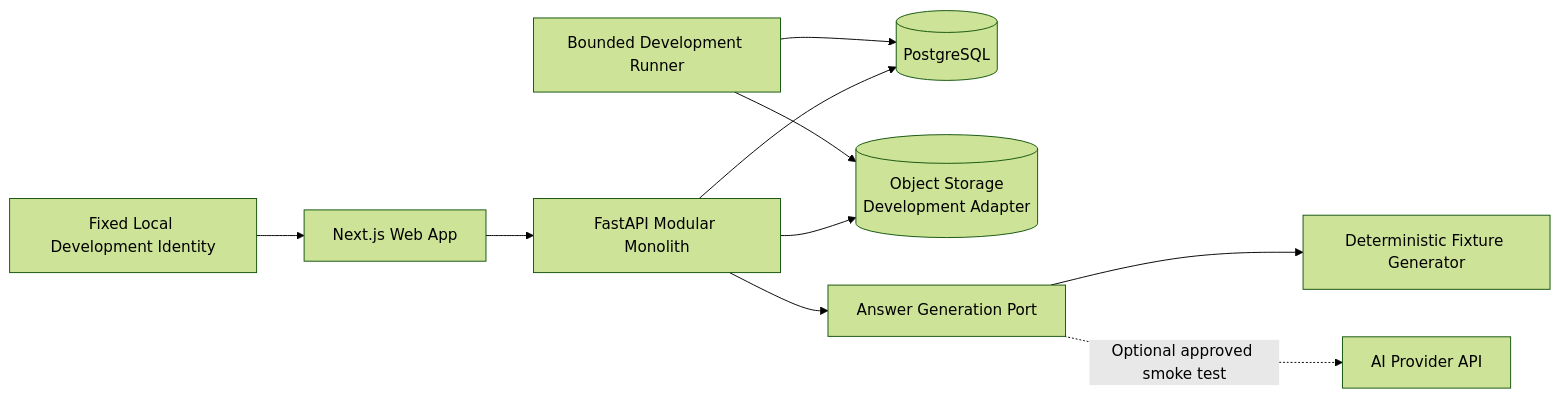
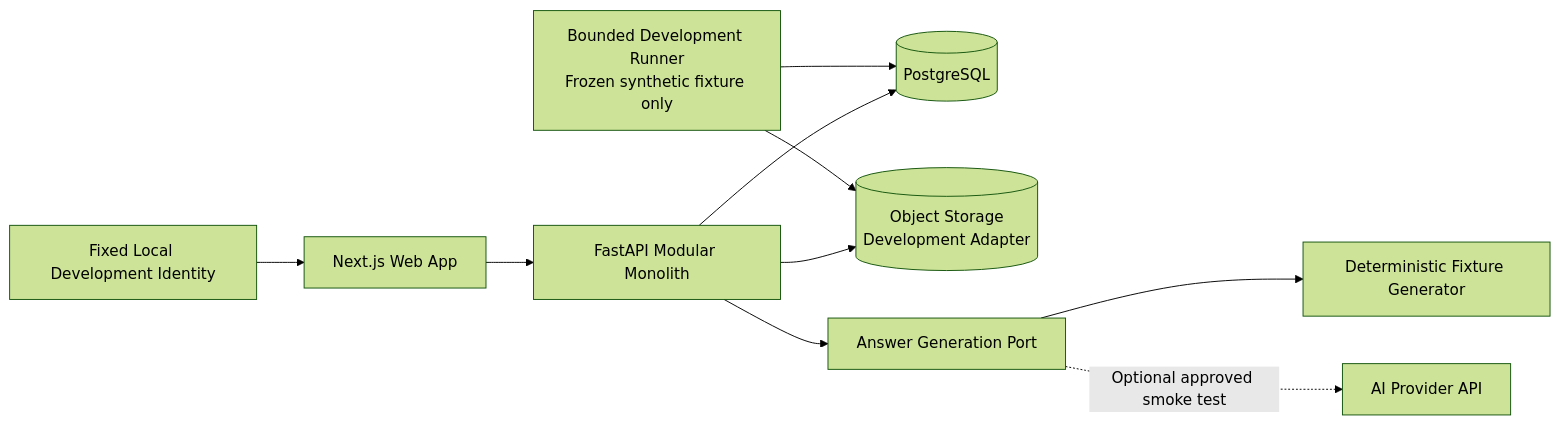
Before and after one commit to rnkraus/investment-research: the second of 12 diagrams in docs/07-m0-0-architecture-flows.md, drawn with Mermaid (forest theme). The commit also changed other lines of this file and 8 other files, not shown here.

````diff
--- a/docs/07-m0-0-architecture-flows.md
+++ b/docs/07-m0-0-architecture-flows.md
@@ -47,13 +47,13 @@
 ```mermaid
 flowchart LR
     USER[Fixed Local Development Identity] --> WEB[Next.js Web App]
     WEB --> API[FastAPI Modular Monolith]
 
     API --> PG[(PostgreSQL)]
     API --> S3[(Object Storage<br/>Development Adapter)]
-    RUNNER[Bounded Development Runner] --> PG
+    RUNNER[Bounded Development Runner<br/>Frozen synthetic fixture only] --> PG
     RUNNER --> S3
     API --> GEN[Answer Generation Port]
     GEN --> DET[Deterministic Fixture Generator]
     GEN -. Optional approved smoke test .-> AI[AI Provider API]
 ```
````
